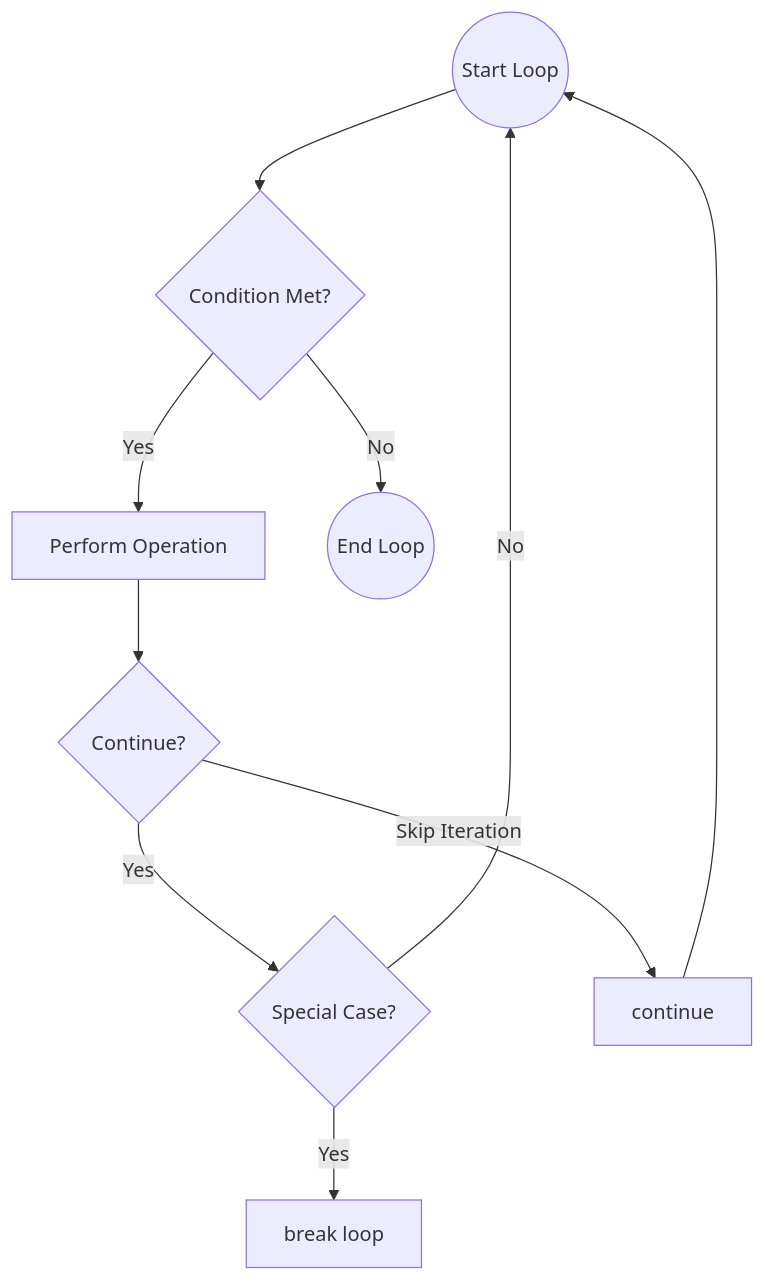
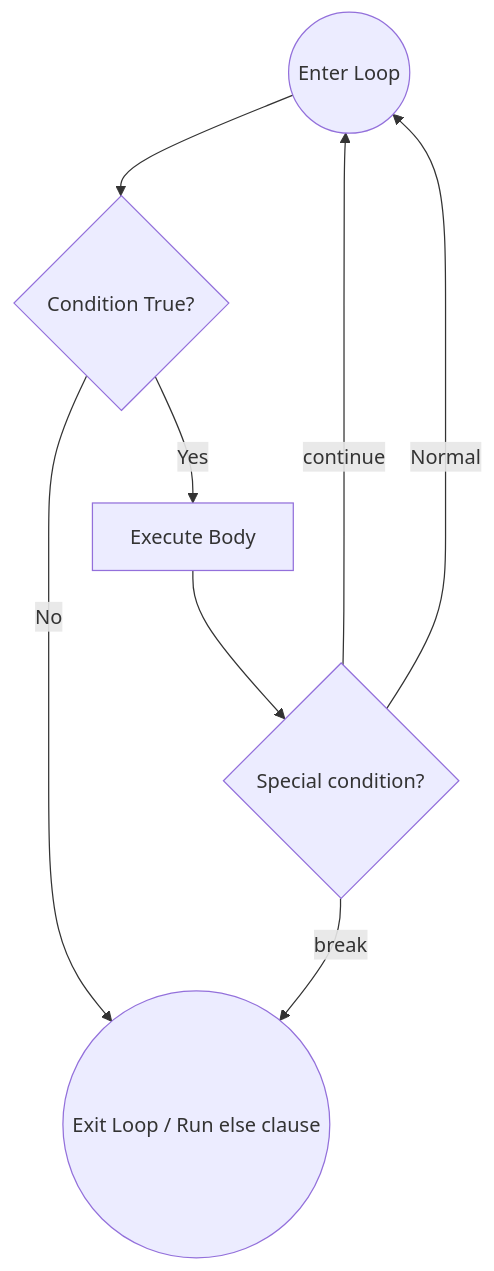
One commit to rajesh-kohli/Programming-Python-DSA changed the diagram in 02_DSA_Mastery/01_Basics_Conditionals_and_Loops/01_basics_conditionals_and_loops.md. Above: the diagram before and after it, drawn with Mermaid. The commit also changed other lines of this file and 7 other files, not shown here.

````diff
--- a/02_DSA_Mastery/01_Basics_Conditionals_and_Loops/01_basics_conditionals_and_loops.md
+++ b/02_DSA_Mastery/01_Basics_Conditionals_and_Loops/01_basics_conditionals_and_loops.md
@@ -30,12 +128,10 @@
 ```mermaid
 graph TD
-    Start((Start Loop)) --> Cond{Condition Met?}
-    Cond -- Yes --> Action[Perform Operation]
-    Action --> Continue{Continue?}
-    Continue -- Yes --> NextCond{Special Case?}
-    NextCond -- Yes --> Break[break loop]
-    NextCond -- No --> Start
-    Continue -- Skip Iteration --> ContinueStmt[continue]
-    ContinueStmt --> Start
-    Cond -- No --> End((End Loop))
+    Start((Enter Loop)) --> Check{Condition True?}
+    Check -- No --> End((Exit Loop / Run else clause))
+    Check -- Yes --> Body[Execute Body]
+    Body --> Special{Special condition?}
+    Special -- break --> End
+    Special -- continue --> Start
+    Special -- Normal --> Start
 ```
````
